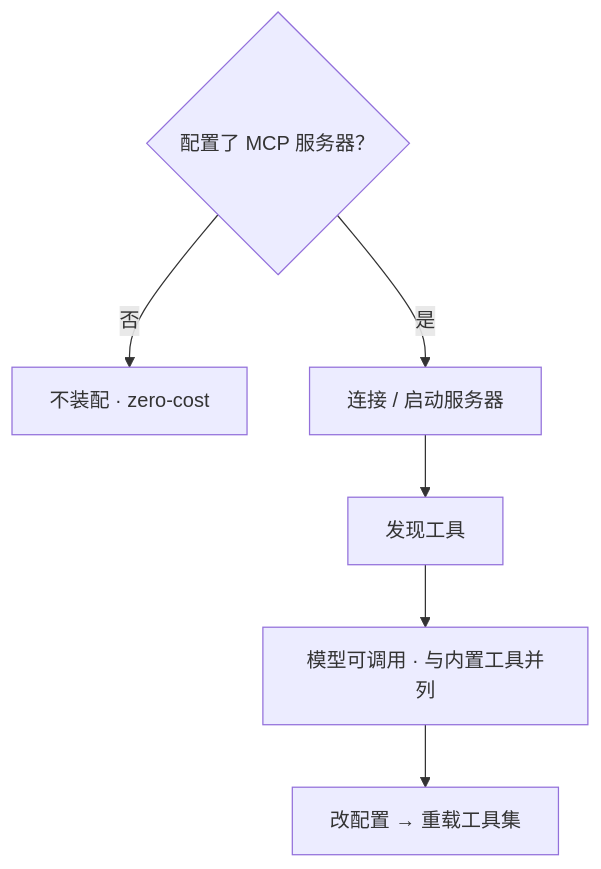
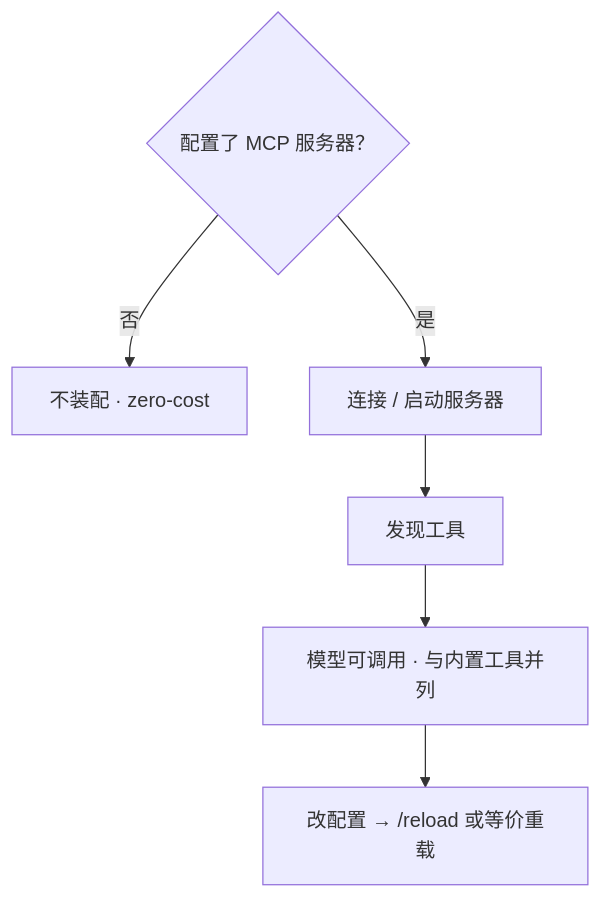
One commit to StrayDragon/xylitol changed the diagram in docs/architecture/扩展能力-MCP.md. Above: the diagram before and after it, drawn with Mermaid. The commit also changed other lines of this file and 31 other files, not shown here.

````diff
--- a/docs/architecture/扩展能力-MCP.md
+++ b/docs/architecture/扩展能力-MCP.md
@@ -14,9 +14,9 @@
 ```mermaid
 flowchart TD
   Cfg{"配置了 MCP 服务器？"}
   Cfg -->|否| Zero["不装配 · zero-cost"]
   Cfg -->|是| Connect["连接 / 启动服务器"]
   Connect --> Discover["发现工具"]
   Discover --> Use["模型可调用 · 与内置工具并列"]
-  Use --> Reload["改配置 → 重载工具集"]
+  Use --> Reload["改配置 → /reload 或等价重载"]
 ```
````
